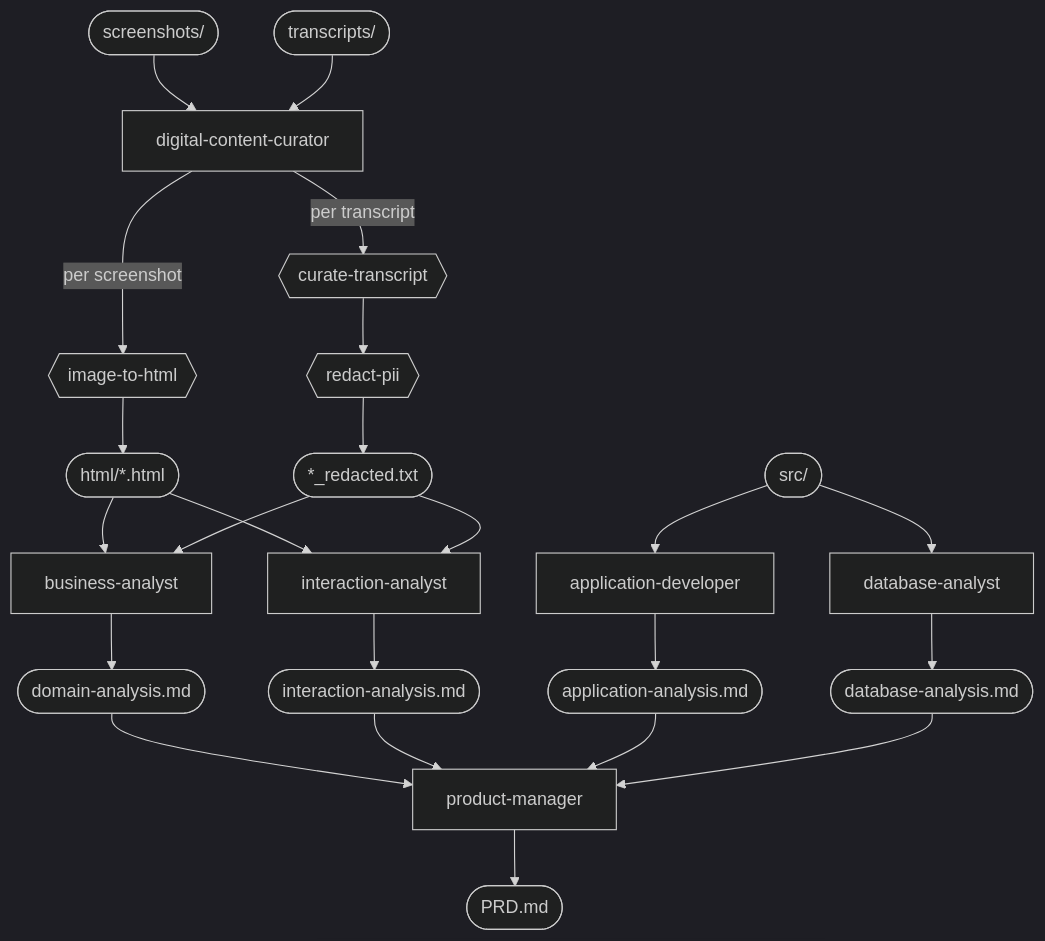
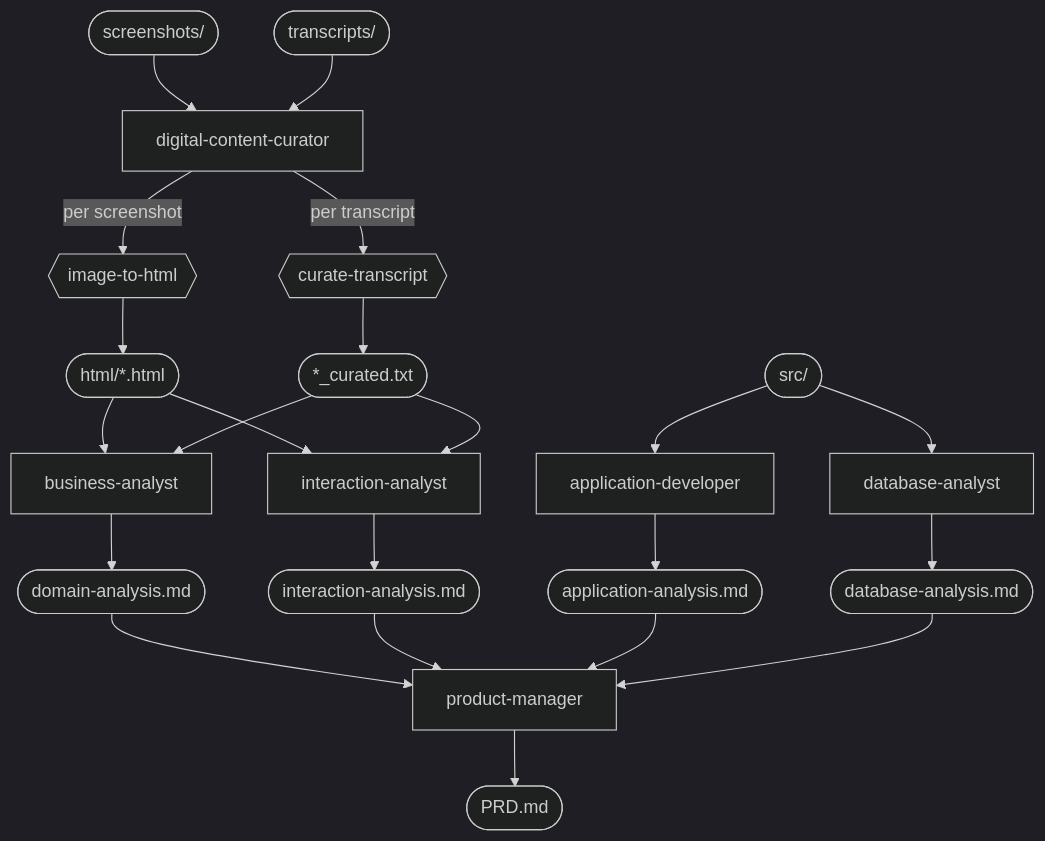
The diagram in README.md (scottburgess-kisa/claude-legacy-reveng-plugin), drawn with Mermaid (dark theme) before and after one commit. The commit also changed other lines of this file and 5 other files, not shown here.

Commit message:
refactor: remove stale redact-pii references after skill removal

````diff
--- a/README.md
+++ b/README.md
@@ -122,34 +119,33 @@
 ```mermaid
 flowchart TB
     screenshots(["screenshots/"])
     transcripts(["transcripts/"])
     src(["src/"])
 
     curator[digital-content-curator]
     screenshots --> curator
     transcripts --> curator
 
     curator -->|per screenshot| i2h{{image-to-html}}
     curator -->|per transcript| ct{{curate-transcript}}
-    ct --> rp{{redact-pii}}
 
     i2h --> html(["html/*.html"])
-    rp --> redacted(["*_redacted.txt"])
+    ct --> curated(["*_curated.txt"])
 
     appdev[application-developer]
     dbanalyst[database-analyst]
     src --> appdev & dbanalyst
 
     ba[business-analyst]
     ia[interaction-analyst]
-    html & redacted --> ba & ia
+    html & curated --> ba & ia
 
     ba --> domain(["domain-analysis.md"])
     ia --> workflows(["interaction-analysis.md"])
     appdev --> codebase(["application-analysis.md"])
     dbanalyst --> database(["database-analysis.md"])
 
     PM[product-manager]
     domain & workflows & codebase & database --> PM
     PM --> PRD(["PRD.md"])
 ```
````
